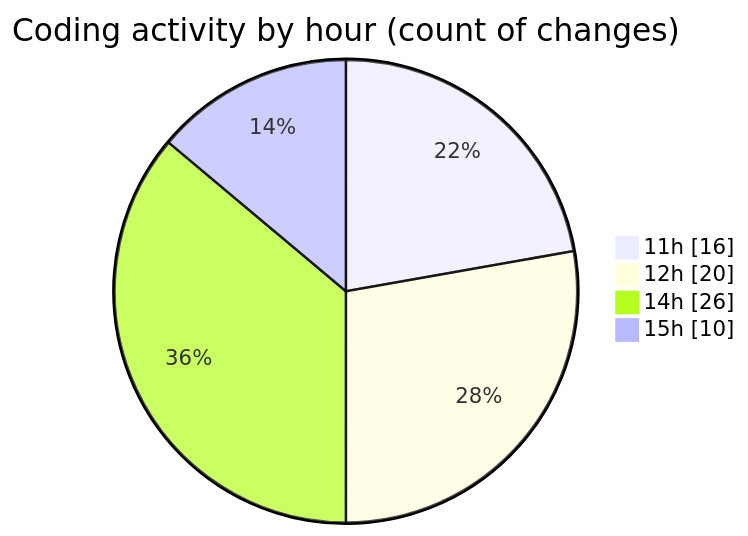
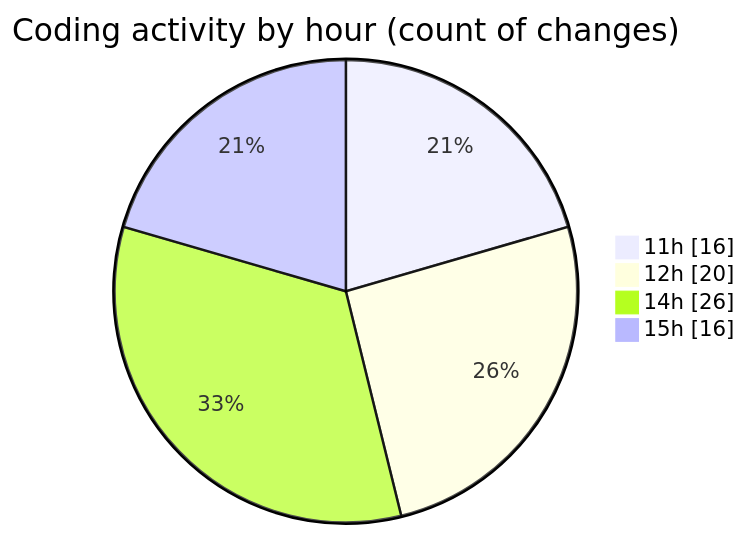
Before and after one commit to Netris89/code-tracking: the second of 2 diagrams in 2025-03-26/back-end/README.md, drawn with Mermaid. The commit also changed other lines of this file and 1 other file, not shown here.

````diff
--- a/2025-03-26/back-end/README.md
+++ b/2025-03-26/back-end/README.md
@@ -56,8 +57,8 @@
 ```mermaid
 pie showData
 title Coding activity by hour (count of changes)
 "11h" : 16
 "12h" : 20
 "14h" : 26
-"15h" : 10
+"15h" : 16
 ```
````
